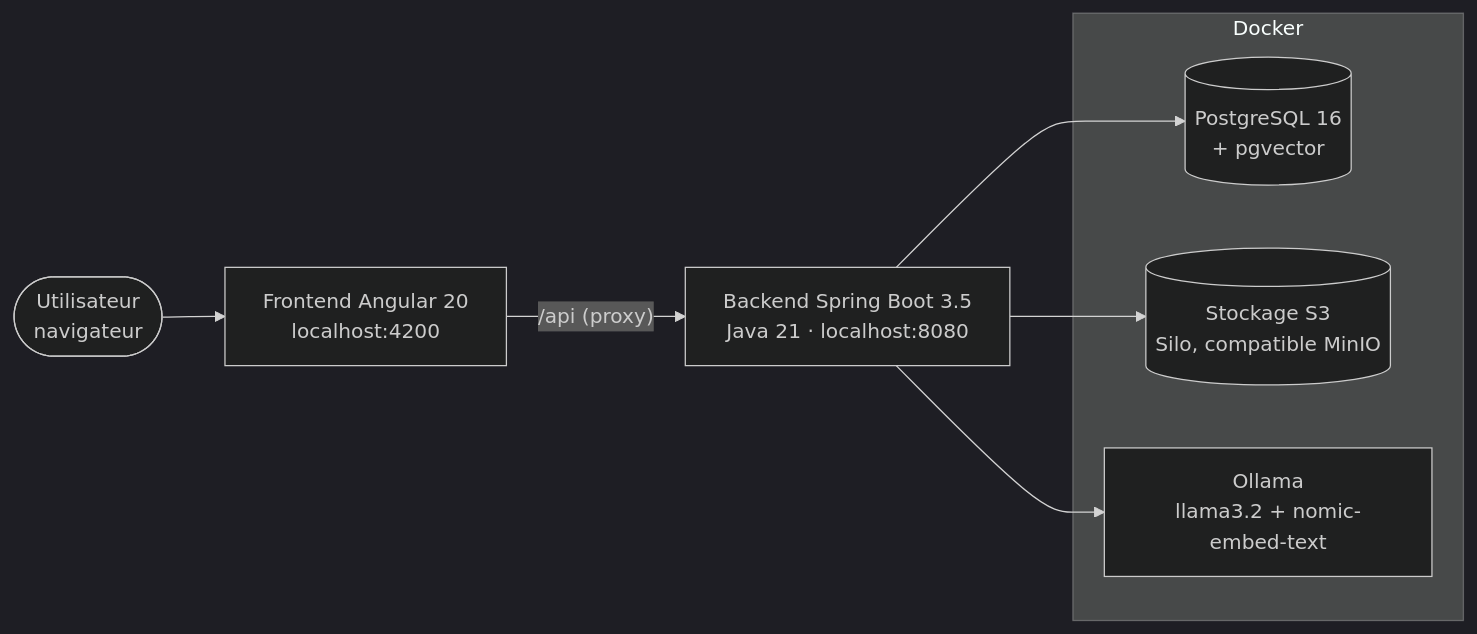
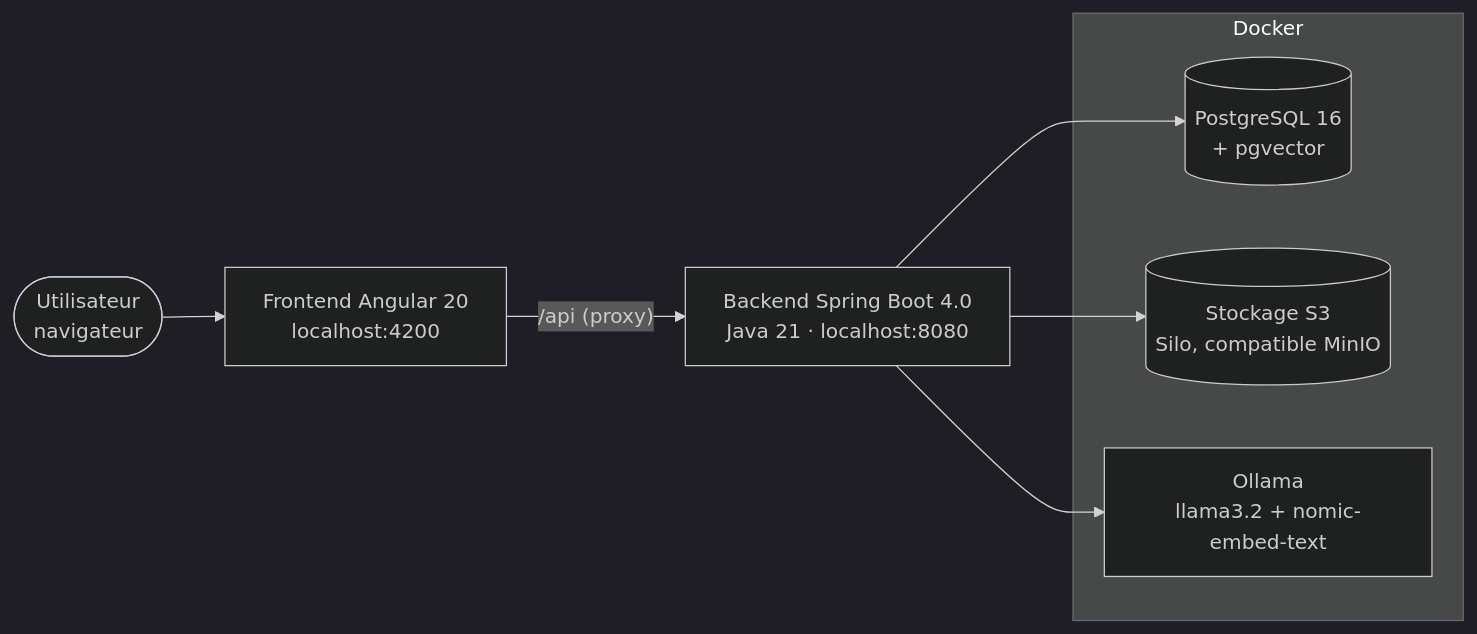
The first of 10 diagrams in README.md (Ahmedbannour/ai-casting-platform), drawn with Mermaid (dark theme) before and after one commit. The commit also changed other lines of this file and 21 other files, not shown here.

First line of the commit message:
Spring Boot 4, panneau de notifications revu, barre d'enregistrement contextuelle

````diff
--- a/README.md
+++ b/README.md
@@ -78,13 +78,13 @@
 ```mermaid
 flowchart LR
     U([Utilisateur<br/>navigateur]) --> F[Frontend Angular 20<br/>localhost:4200]
-    F -- "/api (proxy)" --> B[Backend Spring Boot 3.5<br/>Java 21 · localhost:8080]
+    F -- "/api (proxy)" --> B[Backend Spring Boot 4.0<br/>Java 21 · localhost:8080]
     B --> P[(PostgreSQL 16<br/>+ pgvector)]
     B --> S[(Stockage S3<br/>Silo, compatible MinIO)]
     B --> O[Ollama<br/>llama3.2 + nomic-embed-text]
     subgraph Docker
       P
       S
       O
     end
 ```
````
